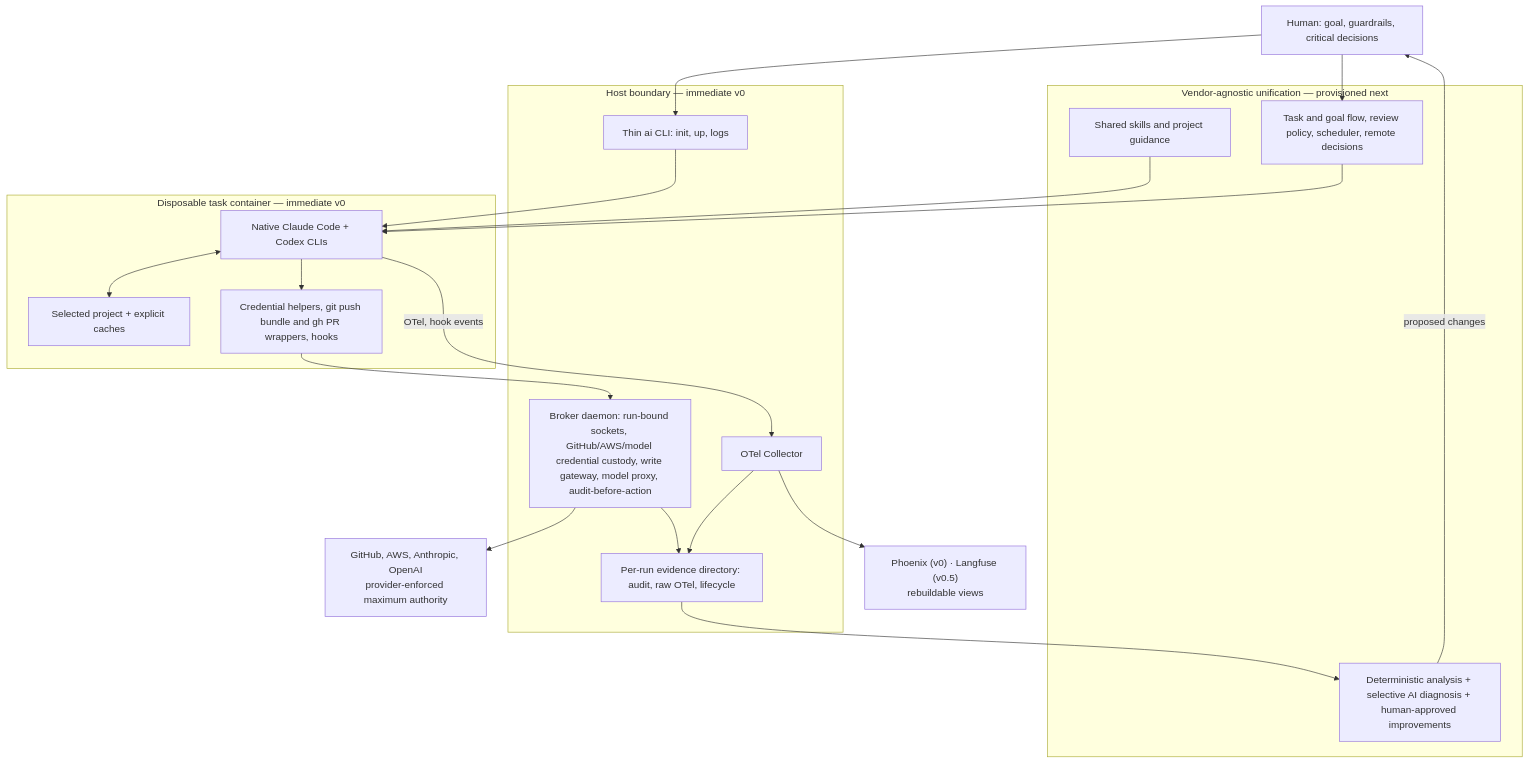
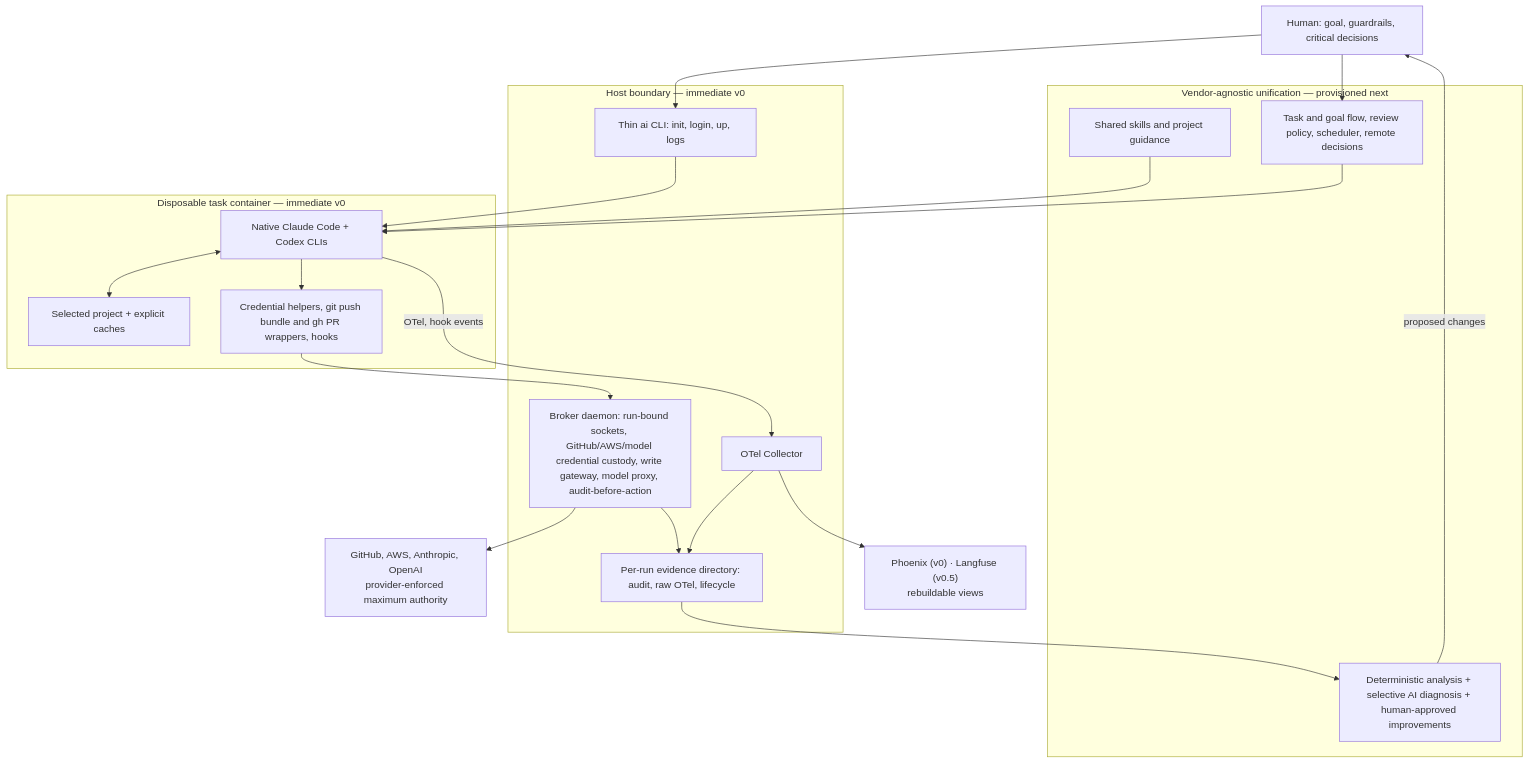
The diagram in pivot_proposal.md (maryzam/ai-crew-localdev), drawn with Mermaid before and after one commit. The commit also changed other lines of this file, not shown here.

````diff
--- a/pivot_proposal.md
+++ b/pivot_proposal.md
@@ -67,42 +67,42 @@
 ```mermaid
 flowchart TB
     Human["Human: goal, guardrails, critical decisions"]
 
     subgraph V1["Vendor-agnostic unification — provisioned next"]
         Skills["Shared skills and project guidance"]
         Flow["Task and goal flow, review policy, scheduler, remote decisions"]
         Optimizer["Deterministic analysis + selective AI diagnosis + human-approved improvements"]
     end
 
     subgraph Host["Host boundary — immediate v0"]
-        CLI["Thin ai CLI: init, up, logs"]
+        CLI["Thin ai CLI: init, login, up, logs"]
         Broker["Broker daemon: run-bound sockets, GitHub/AWS/model credential custody, write gateway, model proxy, audit-before-action"]
         Collector["OTel Collector"]
         Evidence["Per-run evidence directory: audit, raw OTel, lifecycle"]
     end
 
     subgraph Task["Disposable task container — immediate v0"]
         Agents["Native Claude Code + Codex CLIs"]
         Adapters["Credential helpers, git push bundle and gh PR wrappers, hooks"]
         Project["Selected project + explicit caches"]
     end
 
     Views["Phoenix (v0) · Langfuse (v0.5)<br/>rebuildable views"]
     Providers["GitHub, AWS, Anthropic, OpenAI<br/>provider-enforced maximum authority"]
 
     Human --> CLI
     Human --> Flow
     CLI --> Agents
     Skills --> Agents
     Flow --> Agents
     Agents <--> Project
     Agents --> Adapters
     Adapters --> Broker
     Broker --> Providers
     Agents -->|"OTel, hook events"| Collector
     Collector --> Evidence
     Broker --> Evidence
     Collector --> Views
     Evidence --> Optimizer
     Optimizer -->|"proposed changes"| Human
 ```
````
